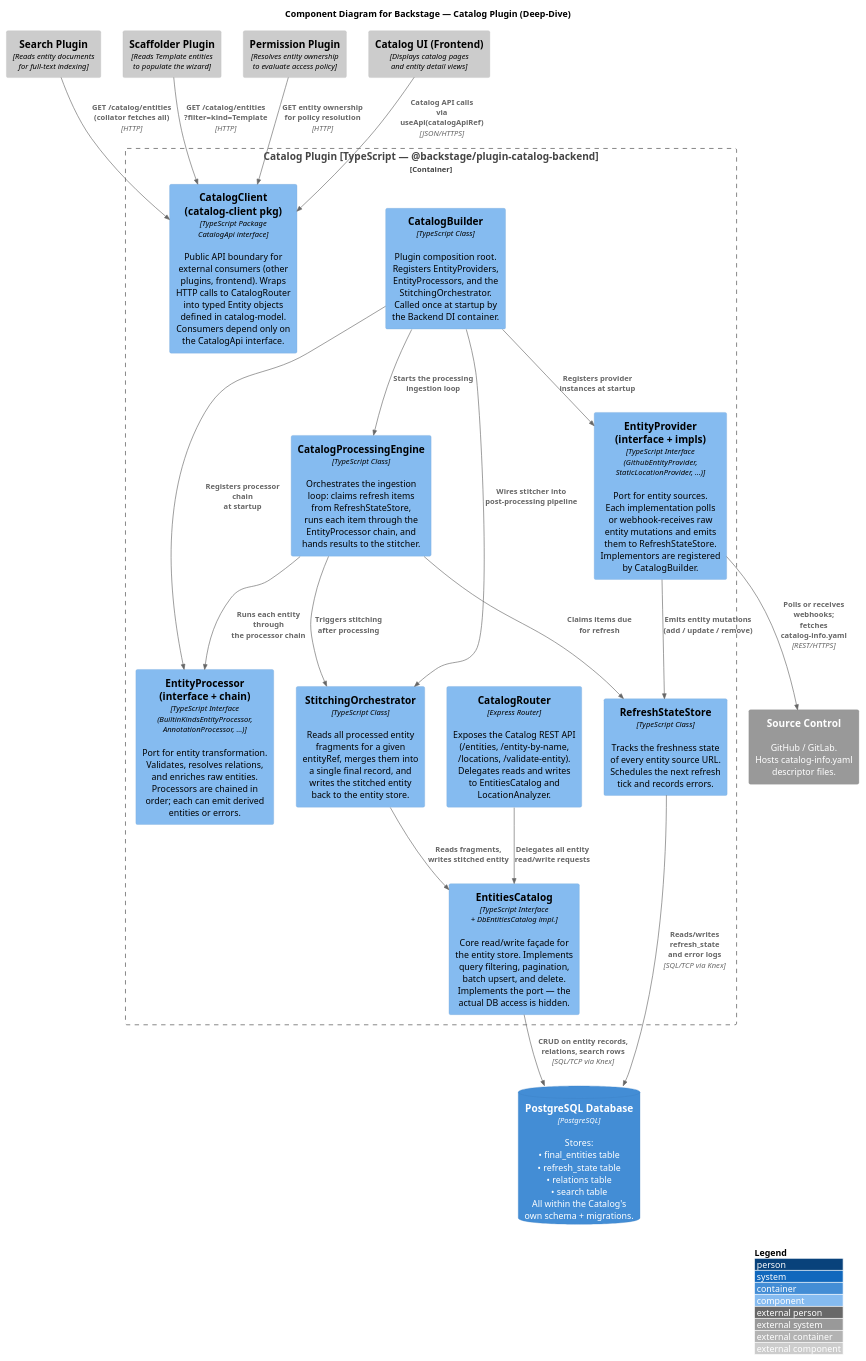
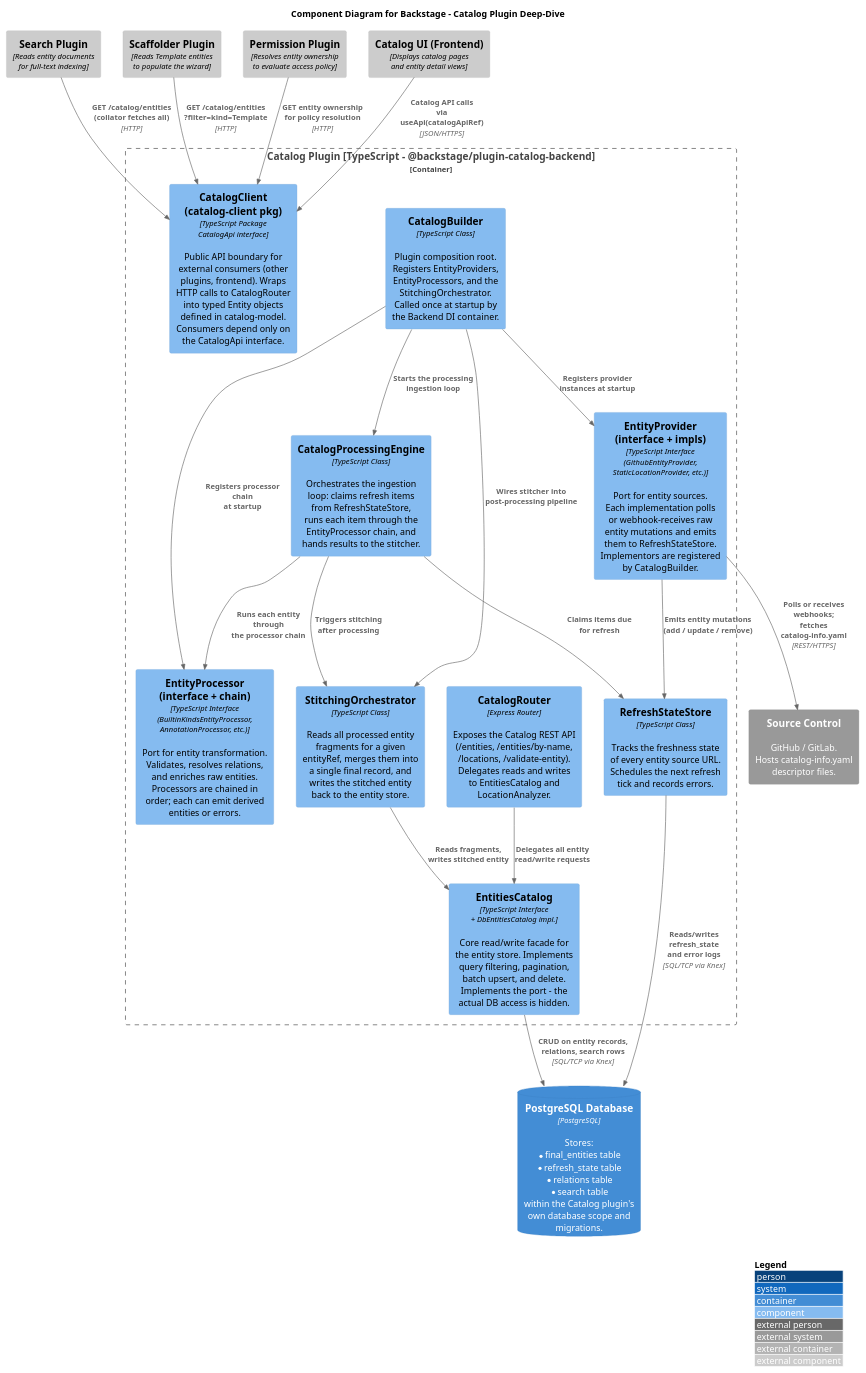
The diagram in notes/architecture/diagrams/component-diagram-catalog-plugin.puml (Group06-SwDA/Project), drawn with PlantUML before and after one commit. The commit also changed 10 other files, not shown here.

Commit message:
feat: updated resport and diagrams

```diff
--- a/notes/architecture/diagrams/component-diagram-catalog-plugin.puml
+++ b/notes/architecture/diagrams/component-diagram-catalog-plugin.puml
@@ -1,60 +1,60 @@
 @startuml component-diagram-catalog-plugin
-!include https://raw.githubusercontent.com/plantuml-stdlib/C4-PlantUML/master/C4_Component.puml
+!include <c4/C4_Component.puml>
 
 LAYOUT_WITH_LEGEND()
 
-title Component Diagram for Backstage — Catalog Plugin (Deep-Dive)
+title Component Diagram for Backstage - Catalog Plugin Deep-Dive
 
-Container_Boundary(catalogPlugin, "Catalog Plugin [TypeScript — @backstage/plugin-catalog-backend]") {
+Container_Boundary(catalogPlugin, "Catalog Plugin [TypeScript - @backstage/plugin-catalog-backend]") {
 
-    Component(catalogRouter, "CatalogRouter", "Express Router", "Exposes the Catalog REST API\n(/entities, /entity-by-name,\n/locations, /validate-entity).\nDelegates reads and writes\nto EntitiesCatalog and\nLocationAnalyzer.")
+    Component(catalogRouter, "CatalogRouter", "Express Router", "Exposes the Catalog REST API\n(/entities, /entities/by-name,\n/locations, /validate-entity).\nDelegates reads and writes\nto EntitiesCatalog and\nLocationAnalyzer.")
 
     Component(catalogBuilder, "CatalogBuilder", "TypeScript Class", "Plugin composition root.\nRegisters EntityProviders,\nEntityProcessors, and the\nStitchingOrchestrator.\nCalled once at startup by\nthe Backend DI container.")
 
-    Component(entitiesCatalog, "EntitiesCatalog", "TypeScript Interface\n+ DbEntitiesCatalog impl.", "Core read/write façade for\nthe entity store. Implements\nquery filtering, pagination,\nbatch upsert, and delete.\nImplements the port — the\nactual DB access is hidden.")
+    Component(entitiesCatalog, "EntitiesCatalog", "TypeScript Interface\n+ DbEntitiesCatalog impl.", "Core read/write facade for\nthe entity store. Implements\nquery filtering, pagination,\nbatch upsert, and delete.\nImplements the port - the\nactual DB access is hidden.")
 
     Component(refreshStateStore, "RefreshStateStore", "TypeScript Class", "Tracks the freshness state\nof every entity source URL.\nSchedules the next refresh\ntick and records errors.")
 
     Component(catalogProcessingEngine, "CatalogProcessingEngine", "TypeScript Class", "Orchestrates the ingestion\nloop: claims refresh items\nfrom RefreshStateStore,\nruns each item through the\nEntityProcessor chain, and\nhands results to the stitcher.")
 
-    Component(entityProvider, "EntityProvider\n(interface + impls)", "TypeScript Interface\n(GithubEntityProvider,\nStaticLocationProvider, …)", "Port for entity sources.\nEach implementation polls\nor webhook-receives raw\nentity mutations and emits\nthem to RefreshStateStore.\nImplementors are registered\nby CatalogBuilder.")
+    Component(entityProvider, "EntityProvider\n(interface + impls)", "TypeScript Interface\n(GithubEntityProvider,\nStaticLocationProvider, etc.)", "Port for entity sources.\nEach implementation polls\nor webhook-receives raw\nentity mutations and emits\nthem to RefreshStateStore.\nImplementors are registered\nby CatalogBuilder.")
 
-    Component(entityProcessor, "EntityProcessor\n(interface + chain)", "TypeScript Interface\n(BuiltinKindsEntityProcessor,\nAnnotationProcessor, …)", "Port for entity transformation.\nValidates, resolves relations,\nand enriches raw entities.\nProcessors are chained in\norder; each can emit derived\nentities or errors.")
+    Component(entityProcessor, "EntityProcessor\n(interface + chain)", "TypeScript Interface\n(BuiltinKindsEntityProcessor,\nAnnotationProcessor, etc.)", "Port for entity transformation.\nValidates, resolves relations,\nand enriches raw entities.\nProcessors are chained in\norder; each can emit derived\nentities or errors.")
 
     Component(stitchingOrchestrator, "StitchingOrchestrator", "TypeScript Class", "Reads all processed entity\nfragments for a given\nentityRef, merges them into\na single final record, and\nwrites the stitched entity\nback to the entity store.")
 
     Component(catalogClient, "CatalogClient\n(catalog-client pkg)", "TypeScript Package\nCatalogApi interface", "Public API boundary for\nexternal consumers (other\nplugins, frontend). Wraps\nHTTP calls to CatalogRouter\ninto typed Entity objects\ndefined in catalog-model.\nConsumers depend only on\nthe CatalogApi interface.")
 }
 
-ContainerDb(postgres, "PostgreSQL Database", "PostgreSQL", "Stores:\n• final_entities table\n• refresh_state table\n• relations table\n• search table\nAll within the Catalog's\nown schema + migrations.")
+ContainerDb(postgres, "PostgreSQL Database", "PostgreSQL", "Stores:\n* final_entities table\n* refresh_state table\n* relations table\n* search table\nwithin the Catalog plugin's\nown database scope and\nmigrations.")
 
 System_Ext(sourceControl, "Source Control", "GitHub / GitLab.\nHosts catalog-info.yaml\ndescriptor files.")
 
 Component_Ext(searchPlugin, "Search Plugin", "Reads entity documents\nfor full-text indexing")
 Component_Ext(scaffolderPlugin, "Scaffolder Plugin", "Reads Template entities\nto populate the wizard")
 Component_Ext(permissionPlugin, "Permission Plugin", "Resolves entity ownership\nto evaluate access policy")
 Component_Ext(frontendCatalogUI, "Catalog UI (Frontend)", "Displays catalog pages\nand entity detail views")
 
 Rel(catalogRouter, entitiesCatalog, "Delegates all entity\nread/write requests")
 Rel(catalogBuilder, entityProvider, "Registers provider\ninstances at startup")
 Rel(catalogBuilder, entityProcessor, "Registers processor chain\nat startup")
 Rel(catalogBuilder, catalogProcessingEngine, "Starts the processing\ningestion loop")
 Rel(catalogBuilder, stitchingOrchestrator, "Wires stitcher into\npost-processing pipeline")
 
 Rel(catalogProcessingEngine, refreshStateStore, "Claims items due\nfor refresh")
 Rel(catalogProcessingEngine, entityProcessor, "Runs each entity through\nthe processor chain")
 Rel(catalogProcessingEngine, stitchingOrchestrator, "Triggers stitching\nafter processing")
 
 Rel(entityProvider, refreshStateStore, "Emits entity mutations\n(add / update / remove)")
 Rel(entityProvider, sourceControl, "Polls or receives webhooks;\nfetches catalog-info.yaml", "REST/HTTPS")
 
 Rel(stitchingOrchestrator, entitiesCatalog, "Reads fragments,\nwrites stitched entity")
 Rel(entitiesCatalog, postgres, "CRUD on entity records,\nrelations, search rows", "SQL/TCP via Knex")
 Rel(refreshStateStore, postgres, "Reads/writes refresh_state\nand error logs", "SQL/TCP via Knex")
 
 Rel(searchPlugin, catalogClient, "GET /catalog/entities\n(collator fetches all)", "HTTP")
 Rel(scaffolderPlugin, catalogClient, "GET /catalog/entities\n?filter=kind=Template", "HTTP")
 Rel(permissionPlugin, catalogClient, "GET entity ownership\nfor policy resolution", "HTTP")
 Rel(frontendCatalogUI, catalogClient, "Catalog API calls\nvia useApi(catalogApiRef)", "JSON/HTTPS")
 
 @enduml
```
